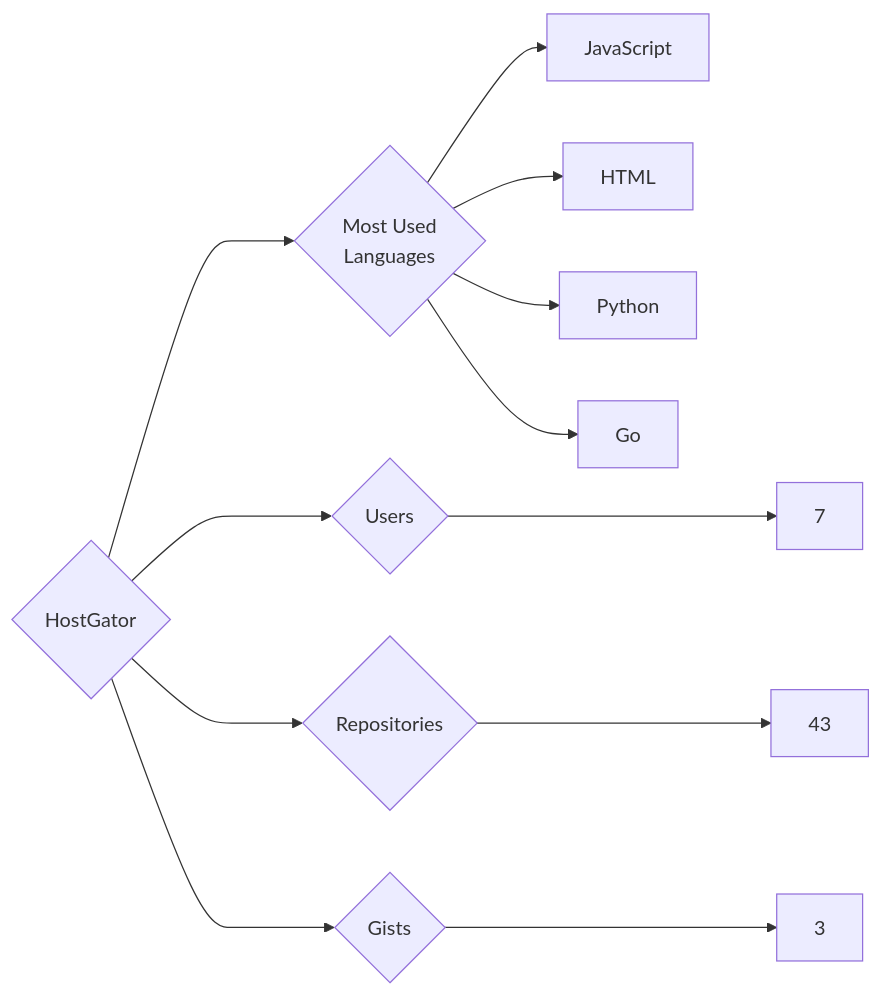
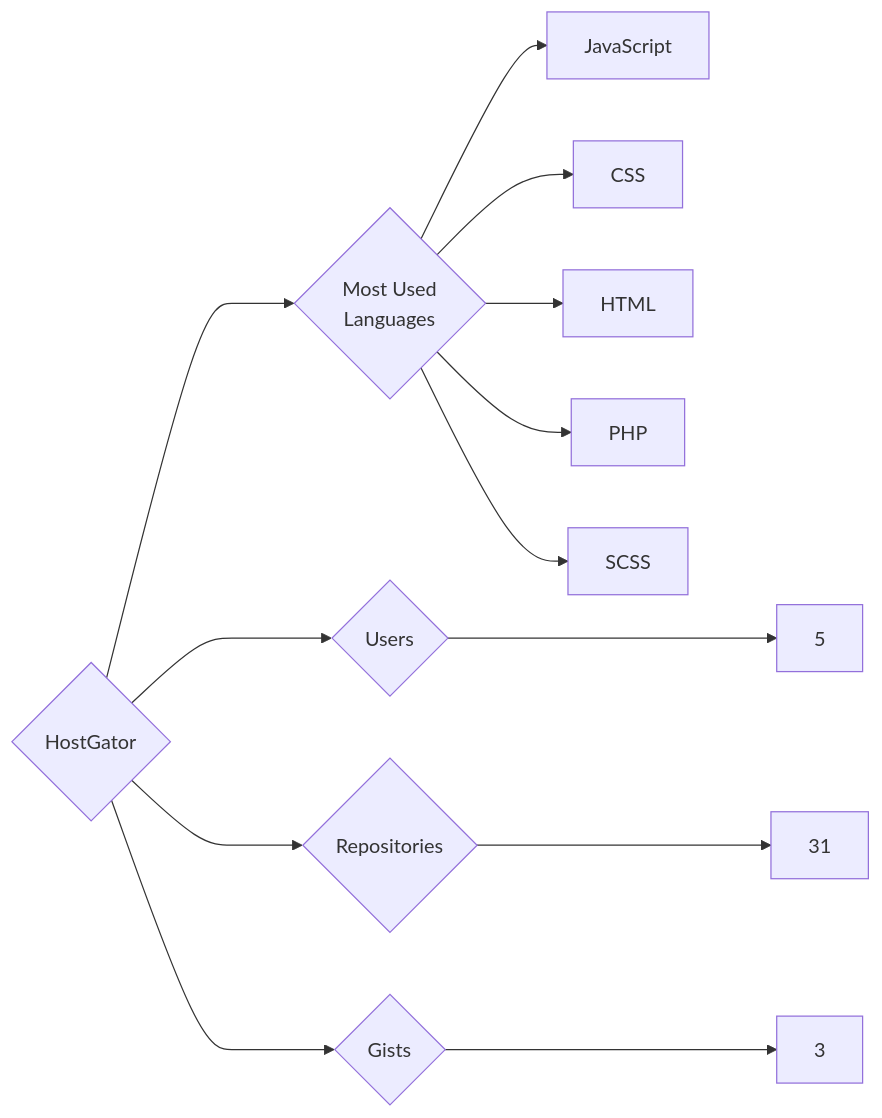
The diagram in targets/HostGator/README.md (trickest/insiders), drawn with Mermaid before and after one commit. The commit also changed 1078 other files, not shown here.

````diff
--- a/targets/HostGator/README.md
+++ b/targets/HostGator/README.md
@@ -3,12 +3,13 @@
 ```mermaid
 graph LR
 COMPANY_NAME{HostGator}
-COMPANY_NAME ---> U{Users} ---> UN[7]
-COMPANY_NAME ---> R{Repositories} ---> RN[43]
+COMPANY_NAME ---> U{Users} ---> UN[5]
+COMPANY_NAME ---> R{Repositories} ---> RN[31]
 COMPANY_NAME ---> G{Gists} ---> GN[3]
 COMPANY_NAME ---> ML{Most Used<br>Languages}
 ML --> JavaScript[JavaScript]
+ML --> CSS[CSS]
 ML --> HTML[HTML]
-ML --> Python[Python]
-ML --> Go[Go]
+ML --> PHP[PHP]
+ML --> SCSS[SCSS]
 ```
````
